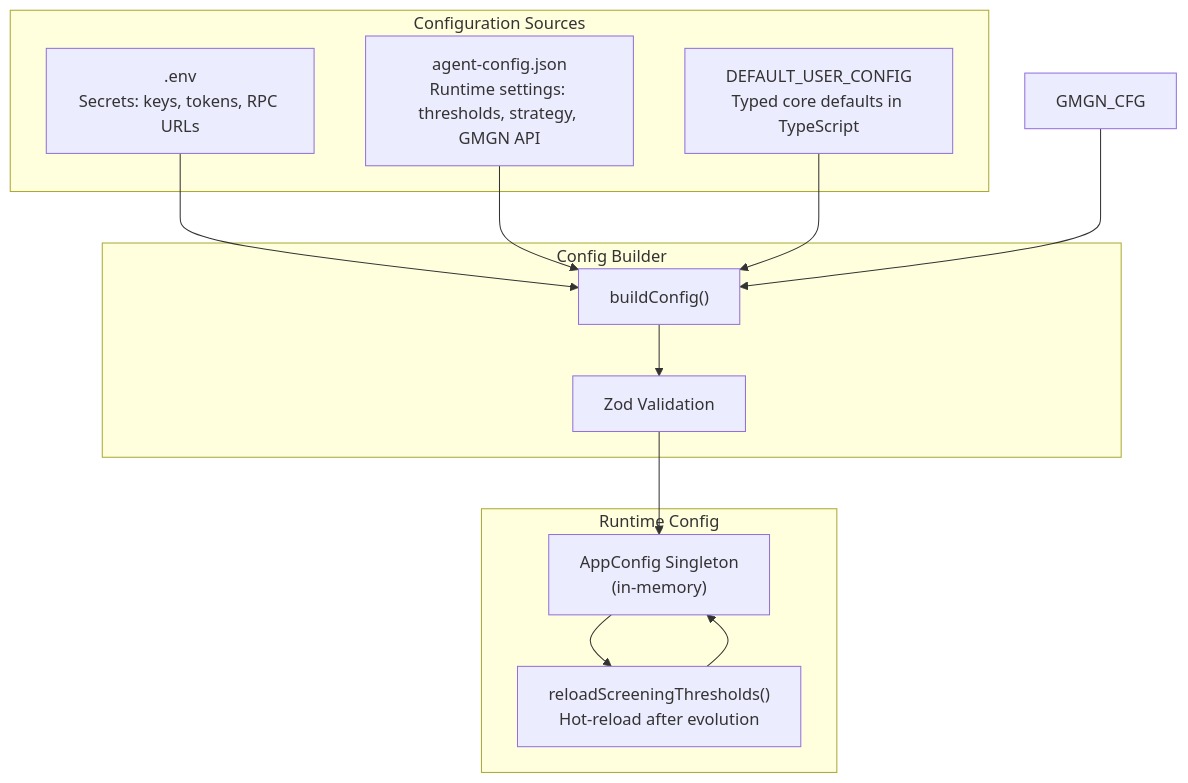
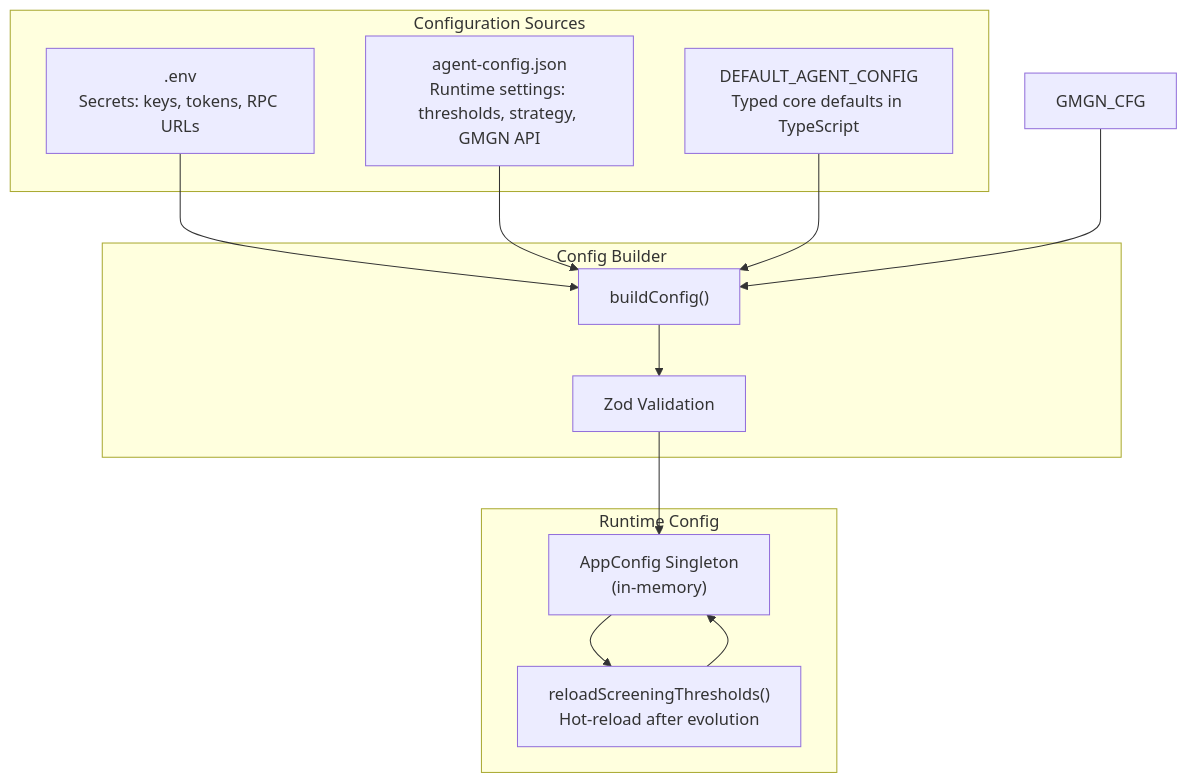
The fourth of 18 diagrams in docs/FULL_FLOW.md (romankurnovskii/etemaro), drawn with Mermaid before and after one commit. The commit also changed 16 other files, not shown here.

First line of the commit message:
refactor(config): remove user-config backward compatibility

````diff
--- a/docs/FULL_FLOW.md
+++ b/docs/FULL_FLOW.md
@@ -227,27 +227,27 @@
 ```mermaid
 graph TD
     subgraph "Configuration Sources"
         ENV[".env<br/>Secrets: keys, tokens, RPC URLs"]
         USER["agent-config.json<br/>Runtime settings: thresholds, strategy, GMGN API"]
-        DEFAULTS["DEFAULT_USER_CONFIG<br/>Typed core defaults in TypeScript"]
+        DEFAULTS["DEFAULT_AGENT_CONFIG<br/>Typed core defaults in TypeScript"]
     end
 
     subgraph "Config Builder"
         MERGE["buildConfig()"]
         ZOD_VALIDATE["Zod Validation"]
     end
 
     subgraph "Runtime Config"
         APP_CFG["AppConfig Singleton<br/>(in-memory)"]
         RELOAD["reloadScreeningThresholds()<br/>Hot-reload after evolution"]
     end
 
     ENV --> MERGE
     USER --> MERGE
     GMGN_CFG --> MERGE
     DEFAULTS --> MERGE
     MERGE --> ZOD_VALIDATE
     ZOD_VALIDATE --> APP_CFG
     APP_CFG --> RELOAD
     RELOAD --> APP_CFG
 ```
````
